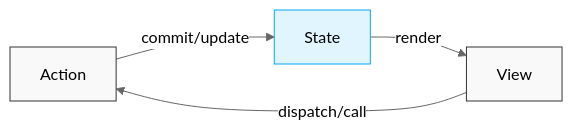
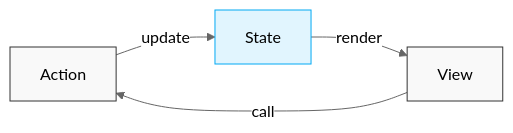
The third of 3 diagrams in docs/05-state-management/index.md (nusretoglu/senior-frontend-roadmap), drawn with Mermaid (neutral theme) before and after one commit. The commit also changed other lines of this file and 143 other files, not shown here.

````diff
--- a/docs/05-state-management/index.md
+++ b/docs/05-state-management/index.md
@@ -144,10 +144,10 @@
 ```mermaid
 graph LR
-    Action -->|commit/update| State
+    Action -->|update| State
     State -->|render| View
-    View -->|dispatch/call| Action
+    View -->|call| Action
     
     style Action fill:#f9f9f9,stroke:#333
     style State fill:#e1f5fe,stroke:#03a9f4
     style View fill:#f9f9f9,stroke:#333
 ```
````
